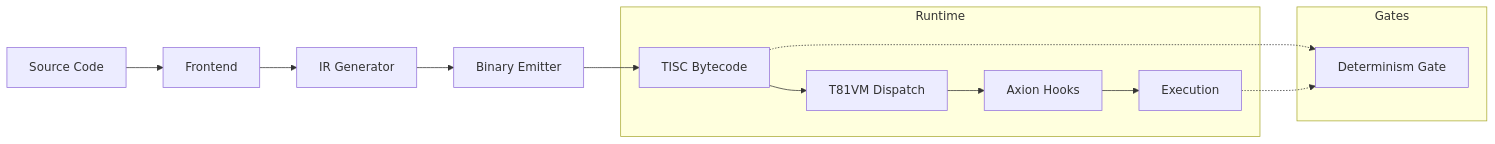
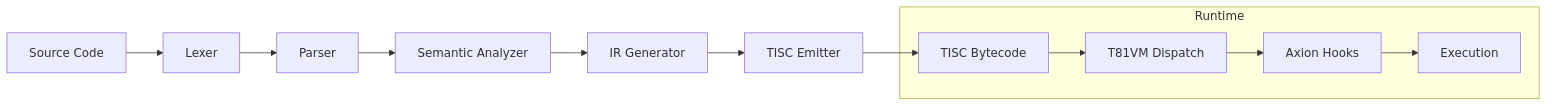
The second of 2 diagrams in docs/architecture/OVERVIEW.md (ryansctt1994-sudo/t81-foundation), drawn with Mermaid before and after one commit. The commit also changed other lines of this file, not shown here.

````diff
--- a/docs/architecture/OVERVIEW.md
+++ b/docs/architecture/OVERVIEW.md
@@ -85,20 +200,18 @@
 ```mermaid
 flowchart LR
-    Source[Source Code] --> Frontend[Frontend]
-    Frontend --> IR[IR Generator]
-    IR --> Emitter[Binary Emitter]
-    Emitter --> Bytecode[TISC Bytecode]
+    Source[Source Code]
+    LEX[Lexer]
+    PAR[Parser]
+    SEM[Semantic Analyzer]
+    IR[IR Generator]
+    EMIT[TISC Emitter]
+    BYTE[TISC Bytecode]
 
     subgraph "Runtime"
-        Bytecode --> VM[T81VM Dispatch]
-        VM --> Hooks[Axion Hooks]
-        Hooks --> Execution[Execution]
+        BYTE --> VM[T81VM Dispatch]
+        VM --> AX[Axion Hooks]
+        AX --> EXEC[Execution]
     end
 
-    subgraph "Gates"
-        Gate1[Determinism Gate]
-    end
-
-    Bytecode -.-> Gate1
-    Execution -.-> Gate1
+    Source --> LEX --> PAR --> SEM --> IR --> EMIT --> BYTE
 ```
````
